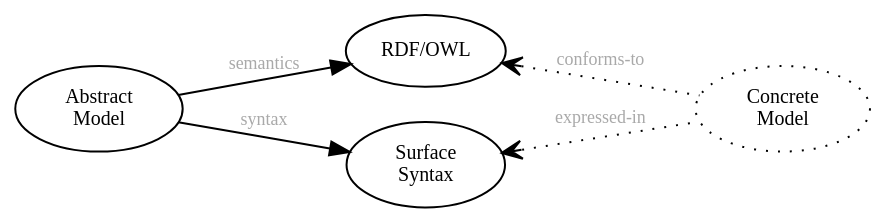
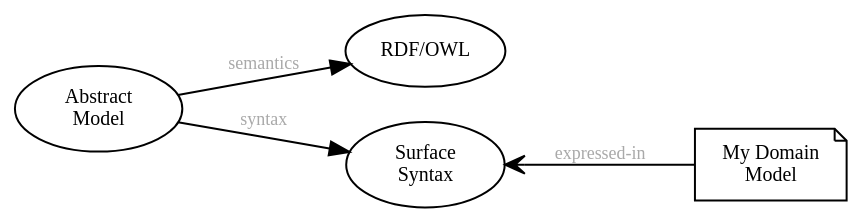
Before and after one commit to sdm-lang/tree-sitter-sdml: the first of 3 diagrams in docs/introduction.org, drawn with Graphviz. The commit also changed other lines of this file and 9 other files, not shown here.

```diff
--- a/docs/introduction.org
+++ b/docs/introduction.org
@@ -15,19 +15,18 @@
 #+BEGIN_SRC dot :file sdml-overview.png :exports results
 digraph G {
   bgcolor="transparent";
   rankdir="LR";
   node [fontsize=10];
   edge [fontsize=9; fontcolor=darkgrey];
   
   abstract [shape=ellipse; label="Abstract\nModel"];
 
   rdf [shape=ellipse; label="RDF/OWL"];
   sdml [shape=ellipse; label="Surface\nSyntax"];  
   abstract -> rdf [label="semantics"];  
   abstract -> sdml [label="syntax"];
 
-  concrete [shape=ellipse; style=dotted; label="Concrete\nModel"];
-  rdf -> concrete [arrowtail=open; dir=back; style=dotted; label="conforms-to"];
-  sdml -> concrete [arrowtail=open; dir=back; style=dotted; label="expressed-in"];
+  concrete [shape=note; label="My Domain\nModel"];
+  sdml -> concrete [arrowtail=open; dir=back; label="expressed-in"];
 }
 #+END_SRC
```
